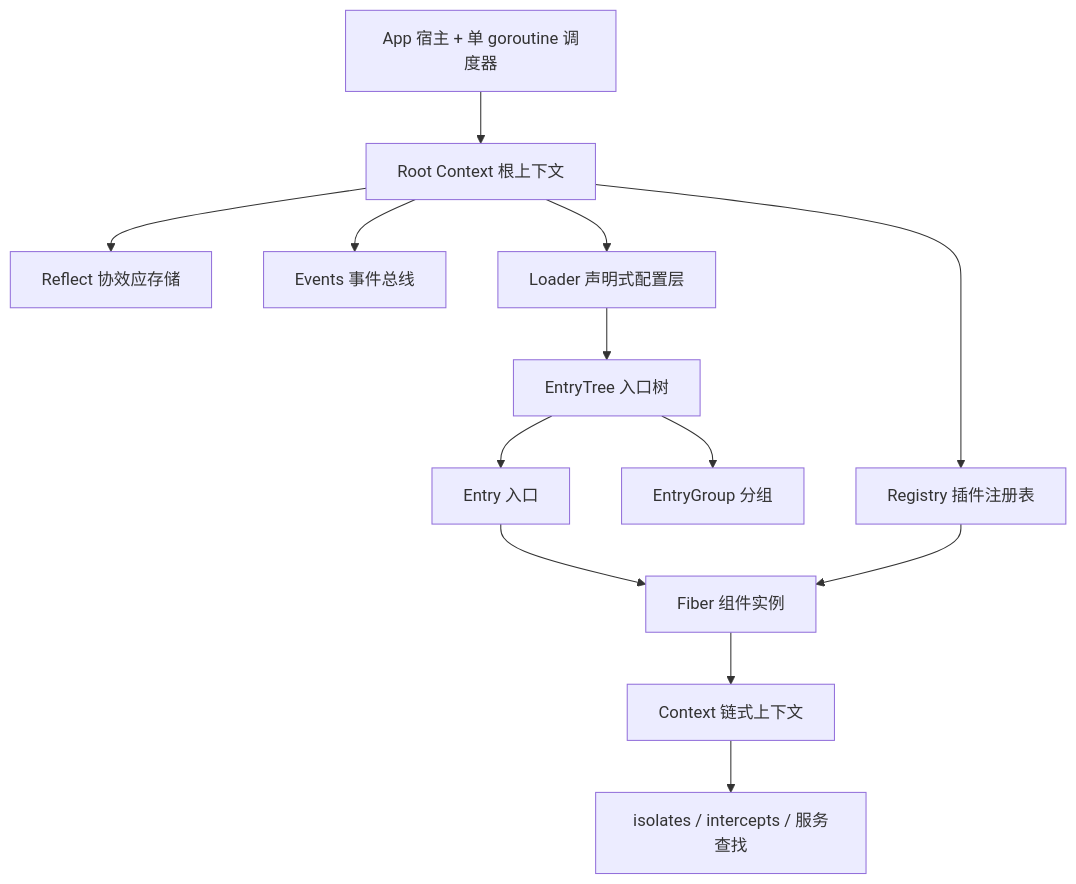
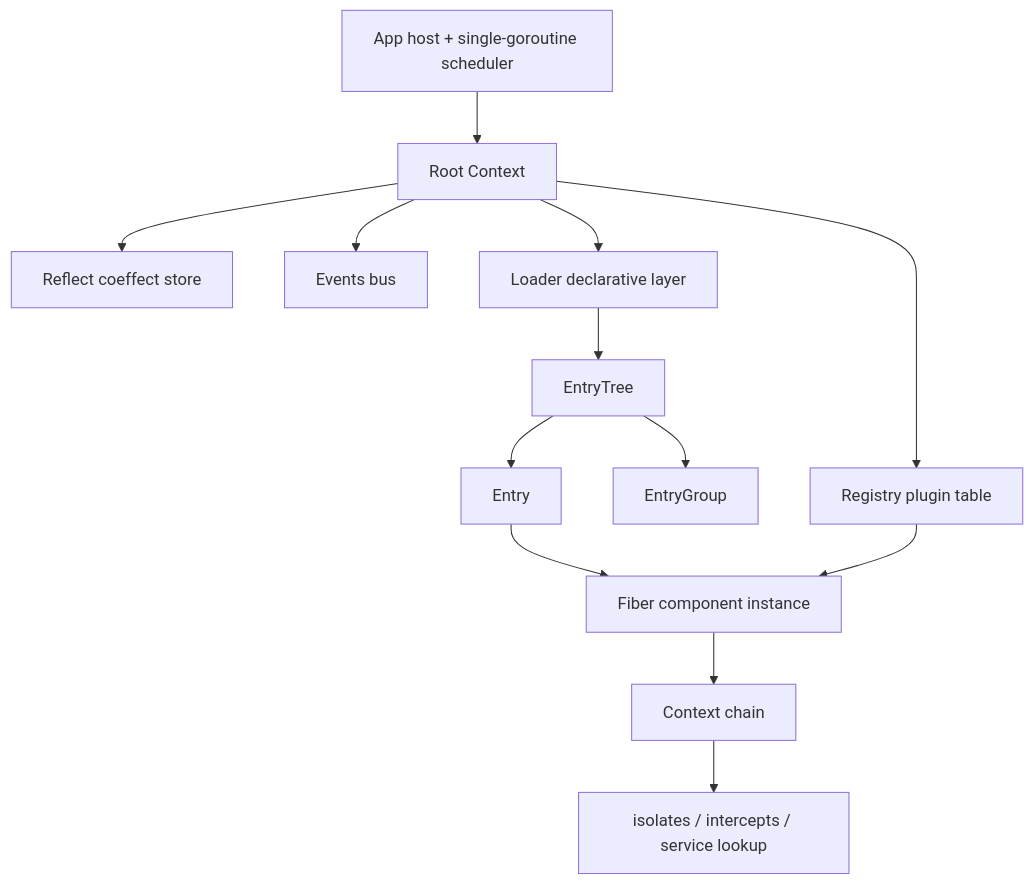
One commit to corecraft-io/cordis changed the first of 2 diagrams in README.md. Above: the diagram before and after it, drawn with Mermaid. The commit also changed other lines of this file, not shown here.

````diff
--- a/README.md
+++ b/README.md
@@ -41,16 +57,16 @@
 ```mermaid
 flowchart TD
-    App[App 宿主 + 单 goroutine 调度器]
-    App --> Root[Root Context 根上下文]
-    Root --> Registry[Registry 插件注册表]
-    Root --> Reflect[Reflect 协效应存储]
-    Root --> Events[Events 事件总线]
-    Root --> Loader[Loader 声明式配置层]
-    Loader --> Tree[EntryTree 入口树]
-    Tree --> Group[EntryGroup 分组]
-    Tree --> Entry[Entry 入口]
-    Entry --> Fiber[Fiber 组件实例]
+    App[App host + single-goroutine scheduler]
+    App --> Root[Root Context]
+    Root --> Registry[Registry plugin table]
+    Root --> Reflect[Reflect coeffect store]
+    Root --> Events[Events bus]
+    Root --> Loader[Loader declarative layer]
+    Loader --> Tree[EntryTree]
+    Tree --> Group[EntryGroup]
+    Tree --> Entry[Entry]
+    Entry --> Fiber[Fiber component instance]
     Registry --> Fiber
-    Fiber --> Ctx[Context 链式上下文]
-    Ctx --> Store[isolates / intercepts / 服务查找]
+    Fiber --> Ctx[Context chain]
+    Ctx --> Store[isolates / intercepts / service lookup]
 ```
````
